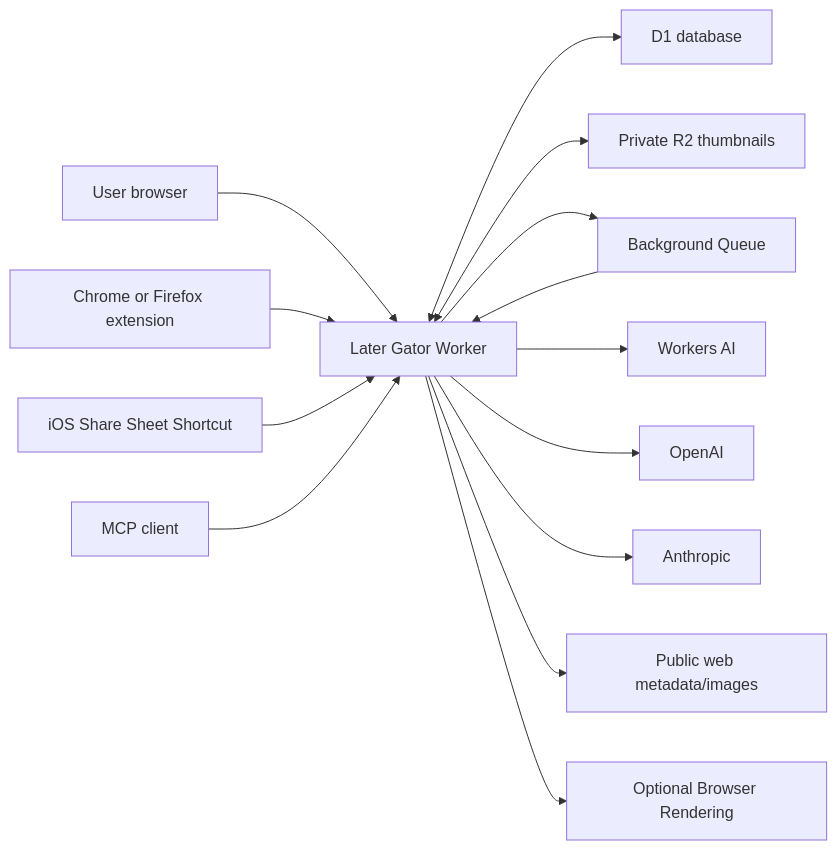
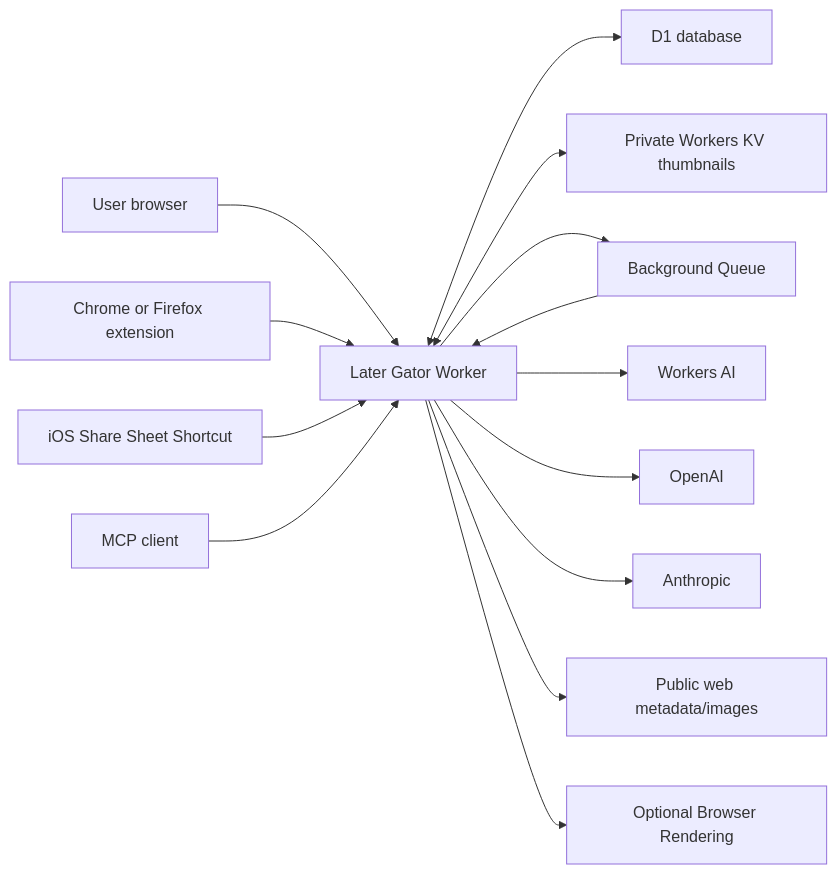
Before and after one commit to vishvak1/later-gator: the diagram in docs/technical-design-v2.md, drawn with Mermaid. The commit also changed other lines of this file and 14 other files, not shown here.

````diff
--- a/docs/technical-design-v2.md
+++ b/docs/technical-design-v2.md
@@ -132,17 +132,17 @@
 ```mermaid
 flowchart LR
     USER["User browser"] --> WORKER["Later Gator Worker"]
     EXT["Chrome or Firefox extension"] --> WORKER
     IOS["iOS Share Sheet Shortcut"] --> WORKER
     MCP["MCP client"] --> WORKER
 
     WORKER <--> DB["D1 database"]
-    WORKER <--> R2["Private R2 thumbnails"]
+    WORKER <--> KV["Private Workers KV thumbnails"]
     WORKER --> Q["Background Queue"]
     Q --> WORKER
     WORKER --> AI["Workers AI"]
     WORKER --> OA["OpenAI"]
     WORKER --> AN["Anthropic"]
     WORKER --> WEB["Public web metadata/images"]
     WORKER --> BR["Optional Browser Rendering"]
 ```
````
